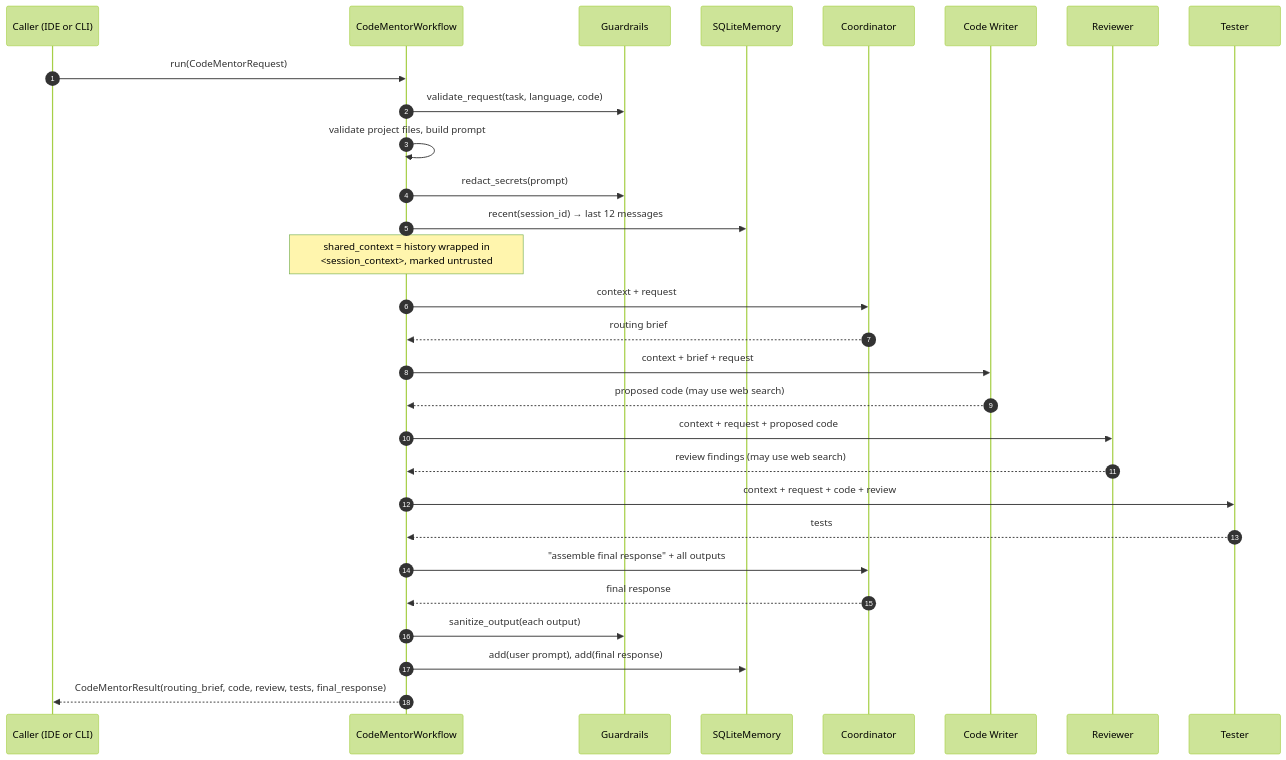
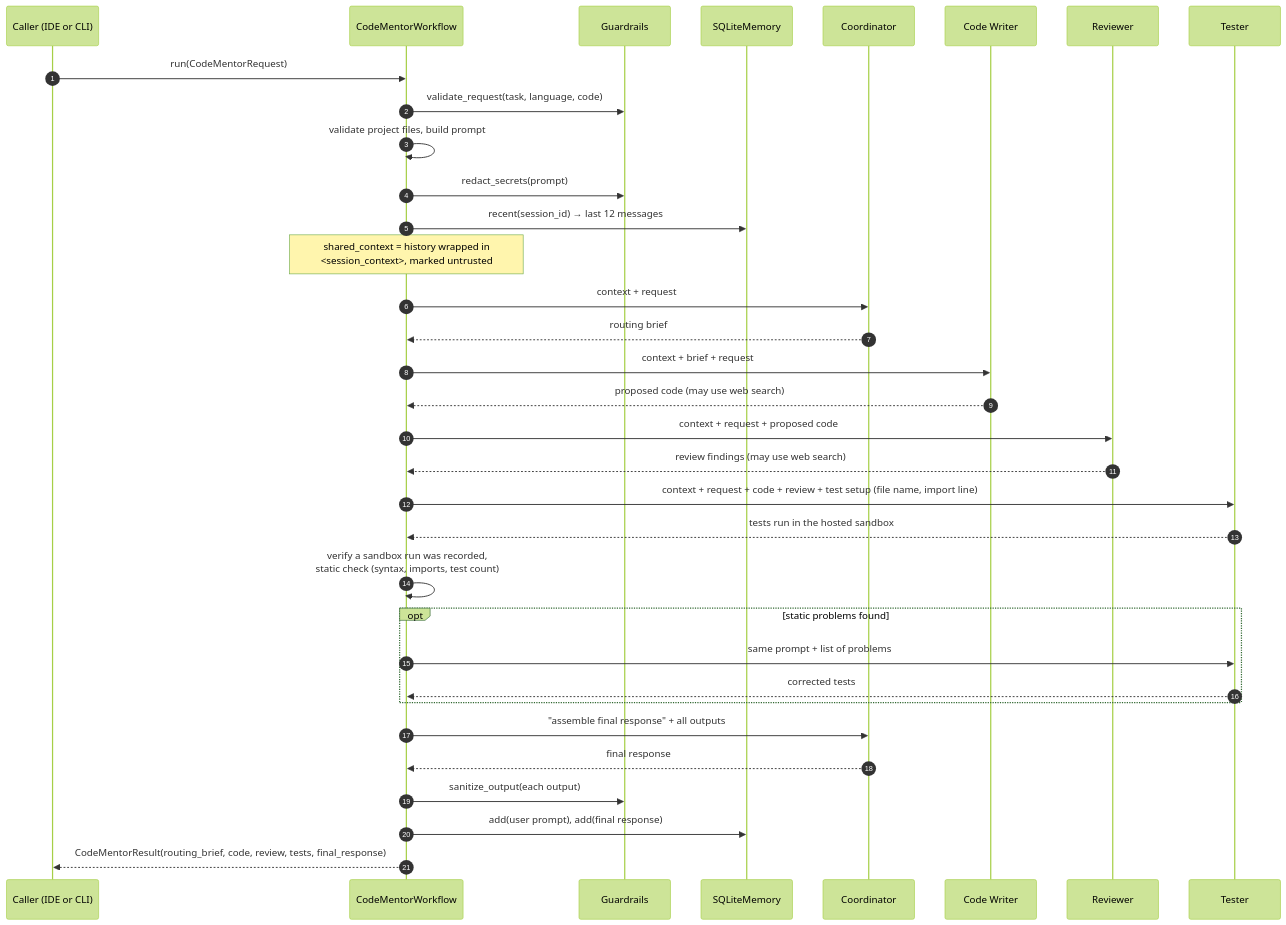
The third of 5 diagrams in documentation/ARCHITECTURE.md (DawitFsaha/CodeMentor-AI-Agent), drawn with Mermaid (forest theme) before and after one commit. The commit also changed other lines of this file and 29 other files, not shown here.

````diff
--- a/documentation/ARCHITECTURE.md
+++ b/documentation/ARCHITECTURE.md
@@ -129,32 +131,37 @@
 ```mermaid
 sequenceDiagram
     autonumber
     participant C as Caller (IDE or CLI)
     participant W as CodeMentorWorkflow
     participant G as Guardrails
     participant M as SQLiteMemory
     participant Co as Coordinator
     participant Wr as Code Writer
     participant Rv as Reviewer
     participant T as Tester
 
     C->>W: run(CodeMentorRequest)
     W->>G: validate_request(task, language, code)
     W->>W: validate project files, build prompt
     W->>G: redact_secrets(prompt)
     W->>M: recent(session_id) → last 12 messages
     Note over W: shared_context = history wrapped in<br/>#lt;session_context#gt;, marked untrusted
     W->>Co: context + request
     Co-->>W: routing brief
     W->>Wr: context + brief + request
     Wr-->>W: proposed code (may use web search)
     W->>Rv: context + request + proposed code
     Rv-->>W: review findings (may use web search)
-    W->>T: context + request + code + review
-    T-->>W: tests
+    W->>T: context + request + code + review + test setup (file name, import line)
+    T-->>W: tests run in the hosted sandbox
+    W->>W: verify a sandbox run was recorded,<br/>static check (syntax, imports, test count)
+    opt static problems found
+        W->>T: same prompt + list of problems
+        T-->>W: corrected tests
+    end
     W->>Co: "assemble final response" + all outputs
     Co-->>W: final response
     W->>G: sanitize_output(each output)
     W->>M: add(user prompt), add(final response)
     W-->>C: CodeMentorResult(routing_brief, code, review, tests, final_response)
 ```
````
